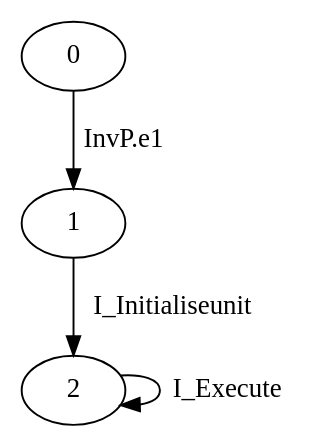
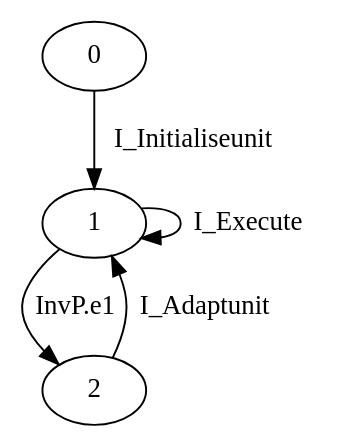
One commit to gfads/midarch changed the diagram in src/gmidarch/development/repositories/dot/Unit.dot. Above: the diagram before and after it, drawn with Graphviz. The commit also changed 42 other files, not shown here.

```diff
--- a/src/gmidarch/development/repositories/dot/Unit.dot
+++ b/src/gmidarch/development/repositories/dot/Unit.dot
@@ -1,5 +1,6 @@
 digraph G {
-  0 -> 1 [ label="InvP.e1" ];
-  1 -> 2 [ label="I_Initialiseunit" ];
-  2 -> 2 [ label="I_Execute" ];
+  0 -> 1 [ label="I_Initialiseunit" ];
+  1 -> 1 [ label="I_Execute" ];
+  1 -> 2 [ label="InvP.e1" ];
+  2 -> 1 [ label="I_Adaptunit" ];
 }
```
